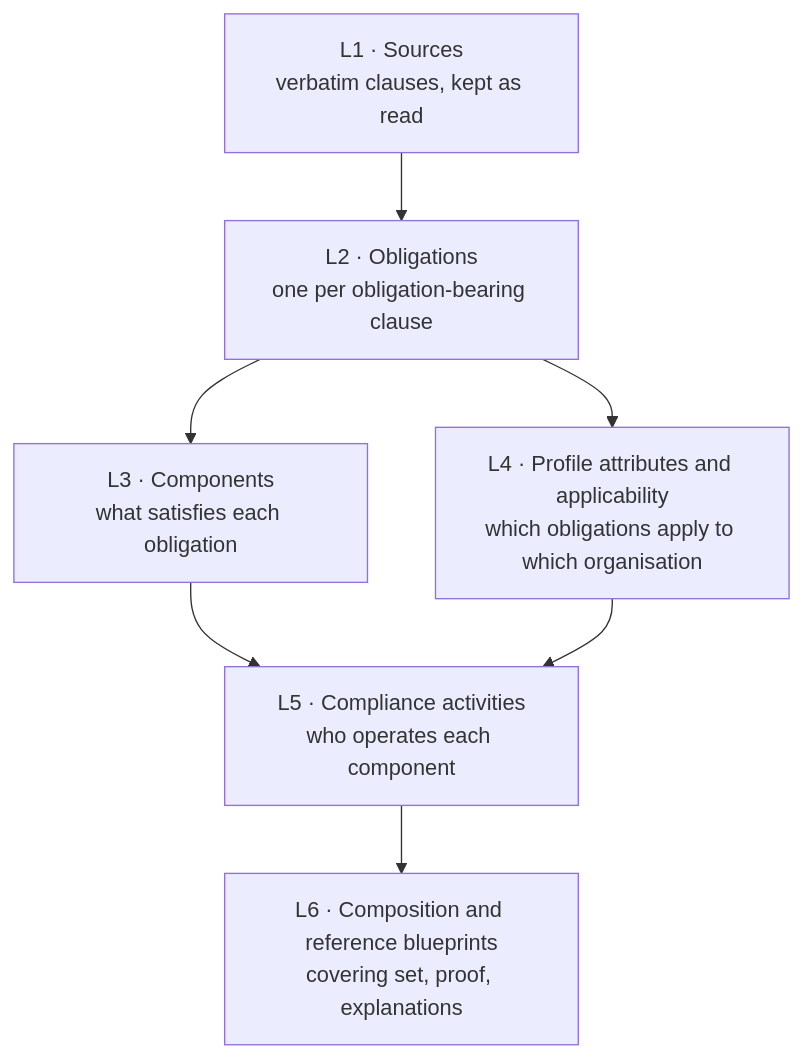
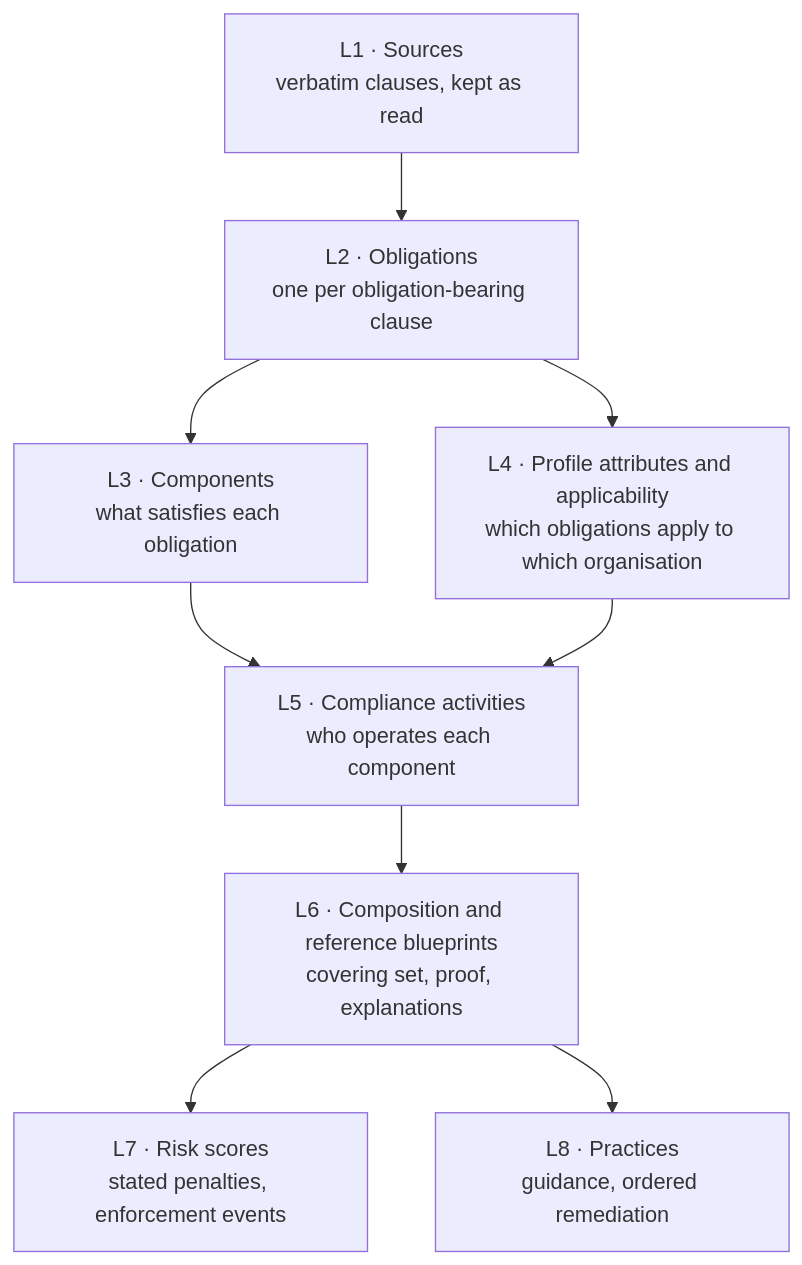
One commit to Reg42-ai/clhear changed the diagram in docs/how-it-works.md. Above: the diagram before and after it, drawn with Mermaid. The commit also changed other lines of this file and 3 other files, not shown here.

````diff
--- a/docs/how-it-works.md
+++ b/docs/how-it-works.md
@@ -49,14 +51,18 @@
 ```mermaid
 flowchart TB
     L1["L1 · Sources<br/>verbatim clauses, kept as read"]
     L2["L2 · Obligations<br/>one per obligation-bearing clause"]
     L3["L3 · Components<br/>what satisfies each obligation"]
     L4["L4 · Profile attributes and applicability<br/>which obligations apply to which organisation"]
     L5["L5 · Compliance activities<br/>who operates each component"]
     L6["L6 · Composition and reference blueprints<br/>covering set, proof, explanations"]
+    L7["L7 · Risk scores<br/>stated penalties, enforcement events"]
+    L8["L8 · Practices<br/>guidance, ordered remediation"]
     L1 --> L2 --> L3
     L2 --> L4
     L3 --> L5
     L4 --> L5
     L5 --> L6
+    L6 --> L7
+    L6 --> L8
 ```
````
